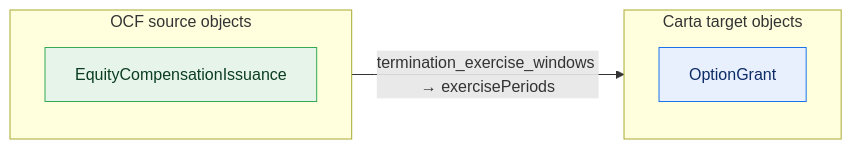
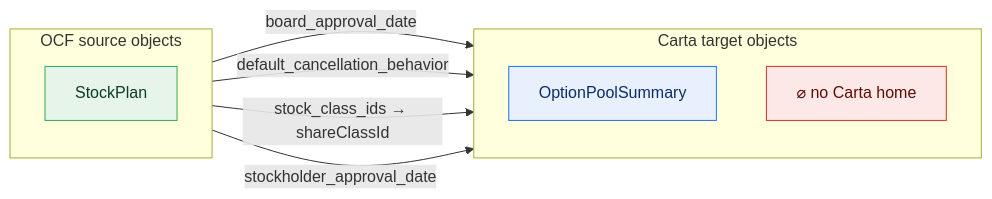
One commit to Open-Cap-Table-Coalition/OCF-Composed-Schemas changed diagram 12 of 30 in core/core-gaps.md. Above: the diagram before and after it, drawn with Mermaid. The commit also changed other lines of this file and 11 other files, not shown here.

First line of the commit message:
Flow diagrams: one fully separate diagram per OCF object flavor

````diff
--- a/core/core-gaps.md
+++ b/core/core-gaps.md
@@ -36,16 +293,20 @@
 ```mermaid
 flowchart LR
   classDef adm fill:#e6f4ea,stroke:#34a853,color:#0b3d20;
   classDef notadm fill:#f1f3f4,stroke:#9aa0a6,color:#5f6368,stroke-dasharray:4 3;
   classDef carta fill:#e8f0fe,stroke:#1a73e8,color:#0d2b66;
   classDef sink fill:#fce8e6,stroke:#d93025,color:#5c0d06;
   subgraph SRC["OCF source objects"]
     direction TB
-    o0["EquityCompensationIssuance"]:::adm
+    o0["StockPlan"]:::adm
   end
   subgraph TGT["Carta target objects"]
     direction TB
-    t0["OptionGrant"]:::carta
+    t0["OptionPoolSummary"]:::carta
+    sink["⌀ no Carta home"]:::sink
   end
-  o0 -->|"termination_exercise_windows → exercisePeriods"| t0
+  o0 -->|"board_approval_date"| sink
+  o0 -->|"default_cancellation_behavior"| sink
+  o0 -->|"stock_class_ids → shareClassId"| t0
+  o0 -->|"stockholder_approval_date"| sink
 ```
````
